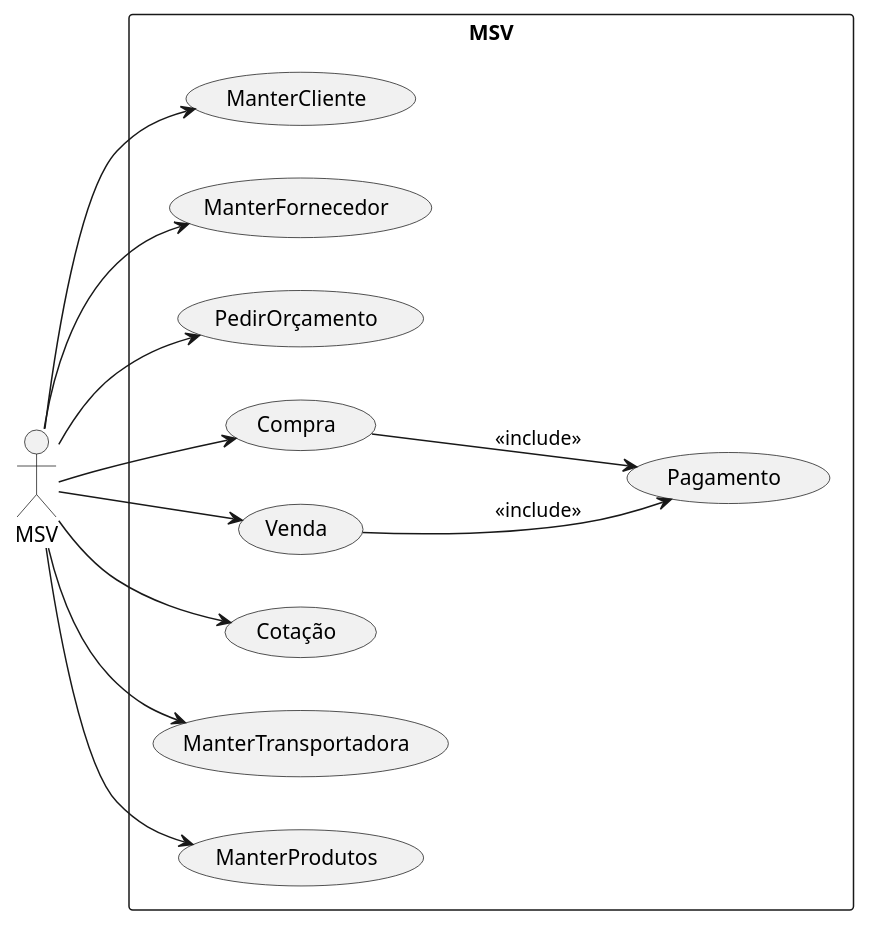
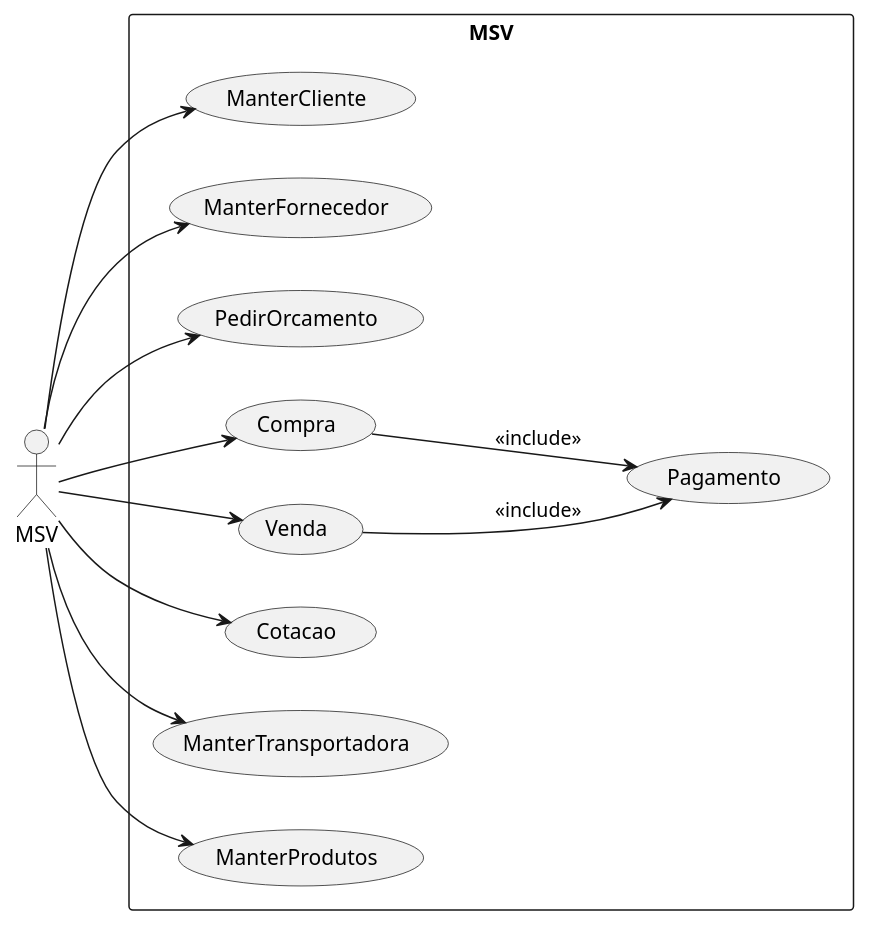
The diagram in Diagramas/CuMVS.plantuml (jmcardoso18/2025.1-PI-2-Semestre), drawn with PlantUML before and after one commit. The commit also changed 9 other files, not shown here.

First line of the commit message:
Atualizacao dos diagramas

```diff
--- a/Diagramas/CuMVS.plantuml
+++ b/Diagramas/CuMVS.plantuml
@@ -1,31 +1,30 @@
 @startuml
 
 left to right direction
 actor "MSV" as Msv
 
 rectangle "MSV"{
     usecase "ManterCliente" as UC1
     usecase "ManterFornecedor"as UC2
-    usecase "PedirOrçamento" as UC3
+    usecase "PedirOrcamento" as UC3
     usecase "Compra" as UC6
     usecase "Pagamento" as UC7
     usecase "Venda" as UC8
-    usecase "Cotação" as UC5
+    usecase "Cotacao" as UC5
     usecase "ManterTransportadora" as UC9 
-    usecase "ManterProdutos" as UC4
-   
+    usecase "ManterProdutos" as UC4  
 }
 
 
 Msv --> UC1
 Msv --> UC2
 Msv --> UC3
 Msv --> UC6
 Msv --> UC8
 Msv --> UC5
 Msv --> UC9
 Msv --> UC4
 
 UC8 --> UC7:<<include>>
 UC6 --> UC7:<<include>>
 @enduml
```
